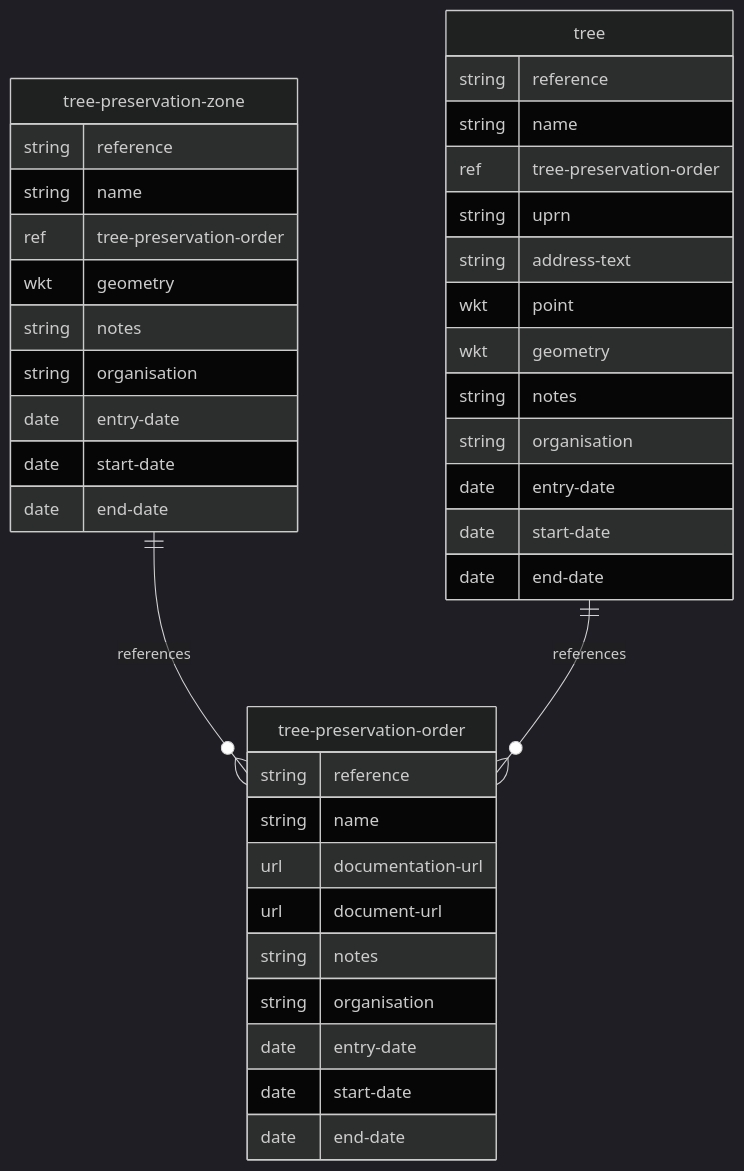
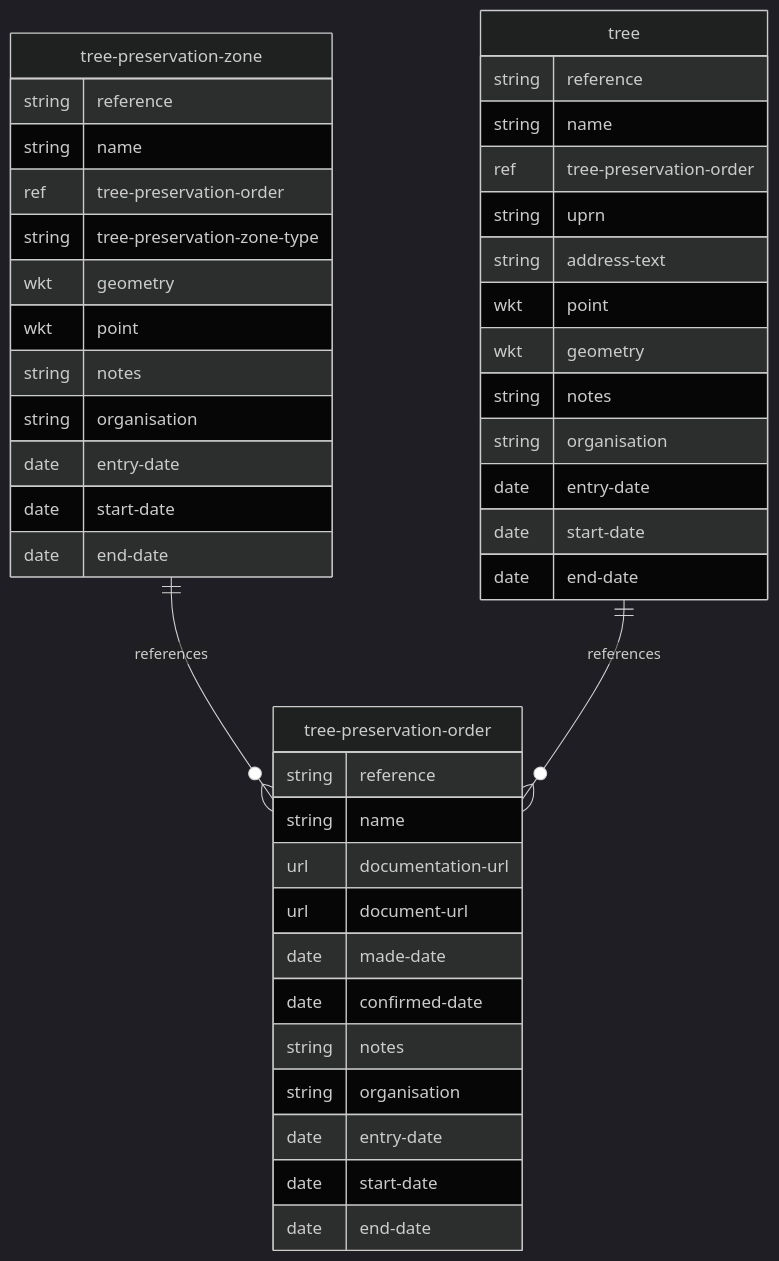
The diagram in mermaid/tree-preservation-order.md (digital-land/specification), drawn with Mermaid (dark theme) before and after one commit. The commit also changed 5 other files, not shown here.

Commit message:
Rebuilt docs mermaid

````diff
--- a/mermaid/tree-preservation-order.md
+++ b/mermaid/tree-preservation-order.md
@@ -4,41 +4,45 @@
 ```mermaid
 erDiagram
     tree-preservation-order {
         string reference
         string name
         url documentation-url
         url document-url
+        date made-date
+        date confirmed-date
         string notes
         string organisation
         date entry-date
         date start-date
         date end-date
     }
     tree-preservation-zone {
         string reference
         string name
         ref tree-preservation-order
+        string tree-preservation-zone-type
         wkt geometry
+        wkt point
         string notes
         string organisation
         date entry-date
         date start-date
         date end-date
     }
     tree {
         string reference
         string name
         ref tree-preservation-order
         string uprn
         string address-text
         wkt point
         wkt geometry
         string notes
         string organisation
         date entry-date
         date start-date
         date end-date
     }
     tree-preservation-zone ||--o{ tree-preservation-order : references
     tree ||--o{ tree-preservation-order : references
 ```
````
